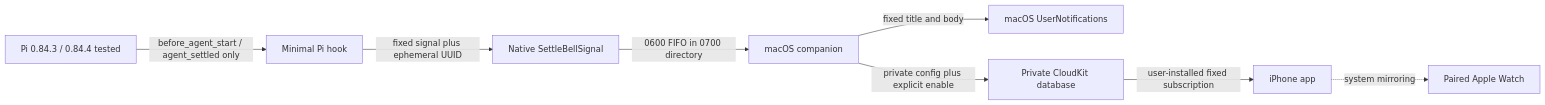
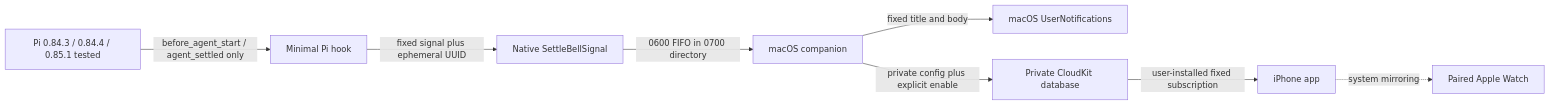
The diagram in Docs/ARCHITECTURE.md (annbjer/PiPing), drawn with Mermaid before and after one commit. The commit also changed other lines of this file and 16 other files, not shown here.

````diff
--- a/Docs/ARCHITECTURE.md
+++ b/Docs/ARCHITECTURE.md
@@ -5,10 +5,10 @@
 ```mermaid
 flowchart LR
-    Pi[Pi 0.84.3 / 0.84.4 tested] -->|before_agent_start / agent_settled only| Hook[Minimal Pi hook]
+    Pi[Pi 0.84.3 / 0.84.4 / 0.85.1 tested] -->|before_agent_start / agent_settled only| Hook[Minimal Pi hook]
     Hook -->|fixed signal plus ephemeral UUID| Helper[Native SettleBellSignal]
     Helper -->|0600 FIFO in 0700 directory| Mac[macOS companion]
     Mac -->|fixed title and body| Local[macOS UserNotifications]
     Mac -->|private config plus explicit enable| Cloud[Private CloudKit database]
     Cloud -->|user-installed fixed subscription| Phone[iPhone app]
     Phone -. system mirroring .-> Watch[Paired Apple Watch]
 ```
````
